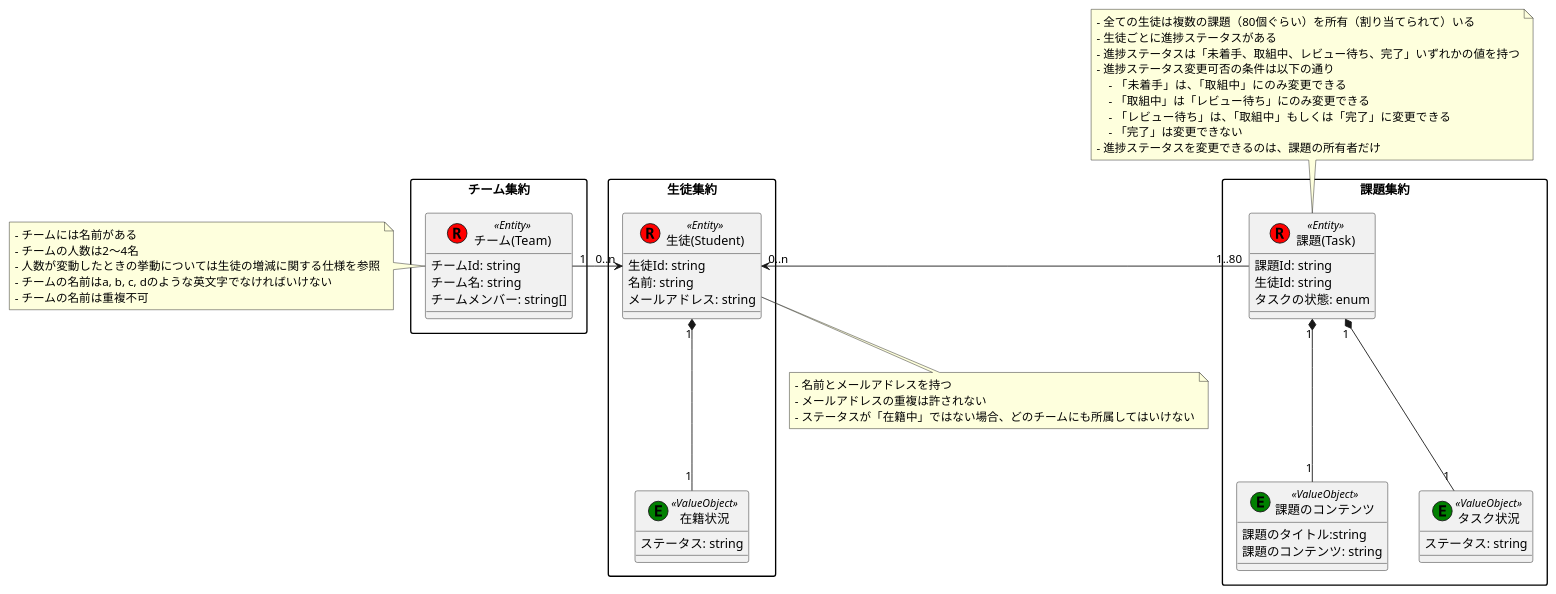
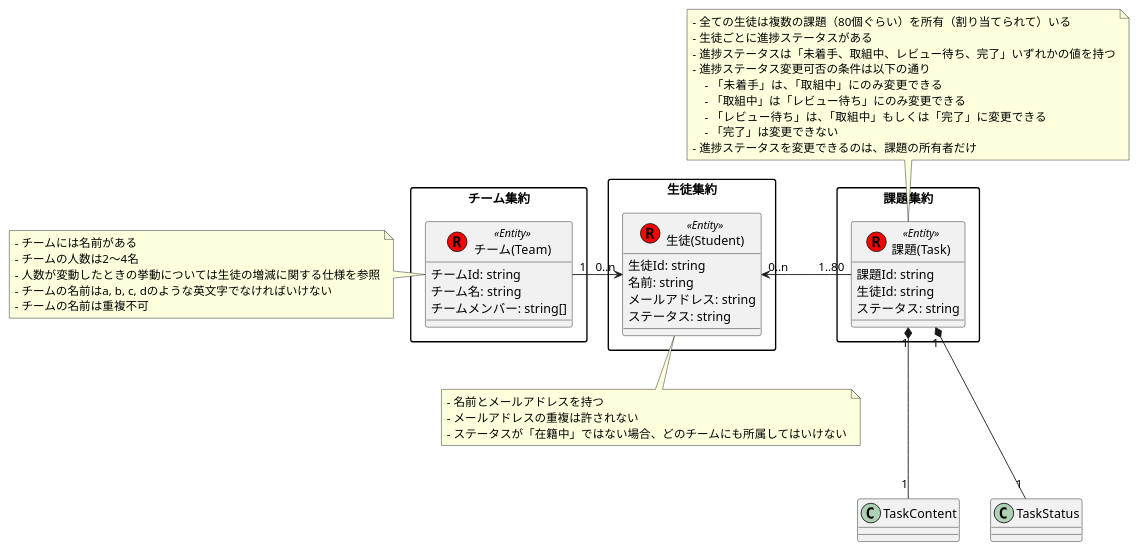
The diagram in doc/model.pu (yooooooooh/ddd-sample), drawn with PlantUML before and after one commit. The commit also changed 32 other files, not shown here.

```diff
--- a/doc/model.pu
+++ b/doc/model.pu
@@ -1,77 +1,64 @@
 @startuml プラハチャレンジ進捗管理システム
 
 skinparam packageStyle rectangle
 
 ' 1. エンティティの定義
 package 生徒集約 {
     class "生徒(Student)" as Student << (R, Red) Entity >>  {
         生徒Id: string
         名前: string
         メールアドレス: string
-    }
-
-    class "在籍状況" as StudentStatus << (E, green) ValueObject >>  {
         ステータス: string
     }
 }
 
 package チーム集約 {
     class "チーム(Team)" as Team << (R,red) Entity >> {
         チームId: string
         チーム名: string
         チームメンバー: string[]
     }
 }
 
 package 課題集約 {
     class "課題(Task)" as Task  << (R,red) Entity >> {
         課題Id: string
         生徒Id: string
-        タスクの状態: enum
-    }
-
-    class "課題のコンテンツ" as TaskContent << (E, green) ValueObject >>  {
-        課題のタイトル:string
-        課題のコンテンツ: string
-    }
-
-    class "タスク状況" as TaskStatus << (E, green) ValueObject >>  {
         ステータス: string
     }
 }
 
 ' 3. ルールの追加
 note bottom of Student
     - 名前とメールアドレスを持つ
     - メールアドレスの重複は許されない
     - ステータスが「在籍中」ではない場合、どのチームにも所属してはいけない
 end note
 
 note left of Team
     - チームには名前がある
     - チームの人数は2〜4名
     - 人数が変動したときの挙動については生徒の増減に関する仕様を参照
     - チームの名前はa, b, c, dのような英文字でなければいけない
     - チームの名前は重複不可
 end note
 
 note top of Task
     - 全ての生徒は複数の課題（80個ぐらい）を所有（割り当てられて）いる
     - 生徒ごとに進捗ステータスがある
     - 進捗ステータスは「未着手、取組中、レビュー待ち、完了」いずれかの値を持つ
     - 進捗ステータス変更可否の条件は以下の通り
         - 「未着手」は、「取組中」にのみ変更できる
         - 「取組中」は「レビュー待ち」にのみ変更できる
         - 「レビュー待ち」は、「取組中」もしくは「完了」に変更できる
         - 「完了」は変更できない
     - 進捗ステータスを変更できるのは、課題の所有者だけ
 end note
 
 ' 4. 関連性の定義
 Task "1..80" -left-> "0..n" Student
 Task "1" *--- "1" TaskContent
 Task "1" *--- "1" TaskStatus
-Student "1" *--- "1" StudentStatus
 Student "0..n" <-left- "1" Team
 
 @enduml
```
